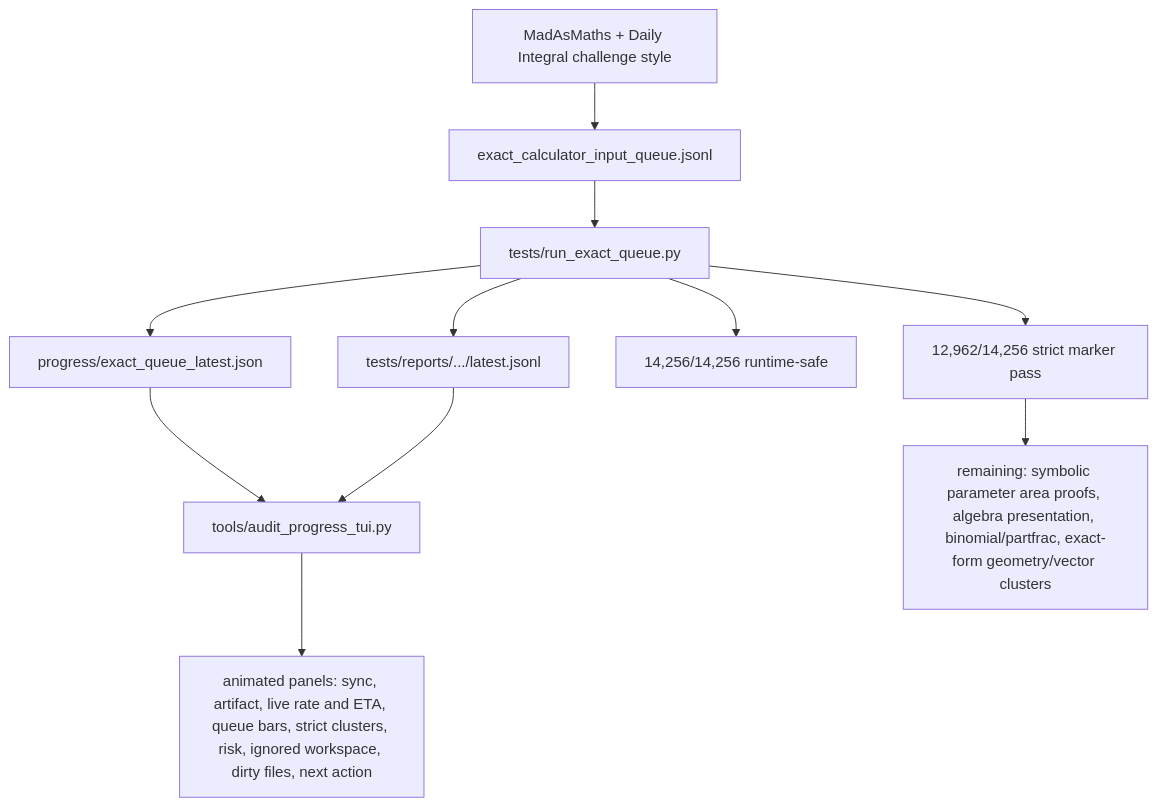
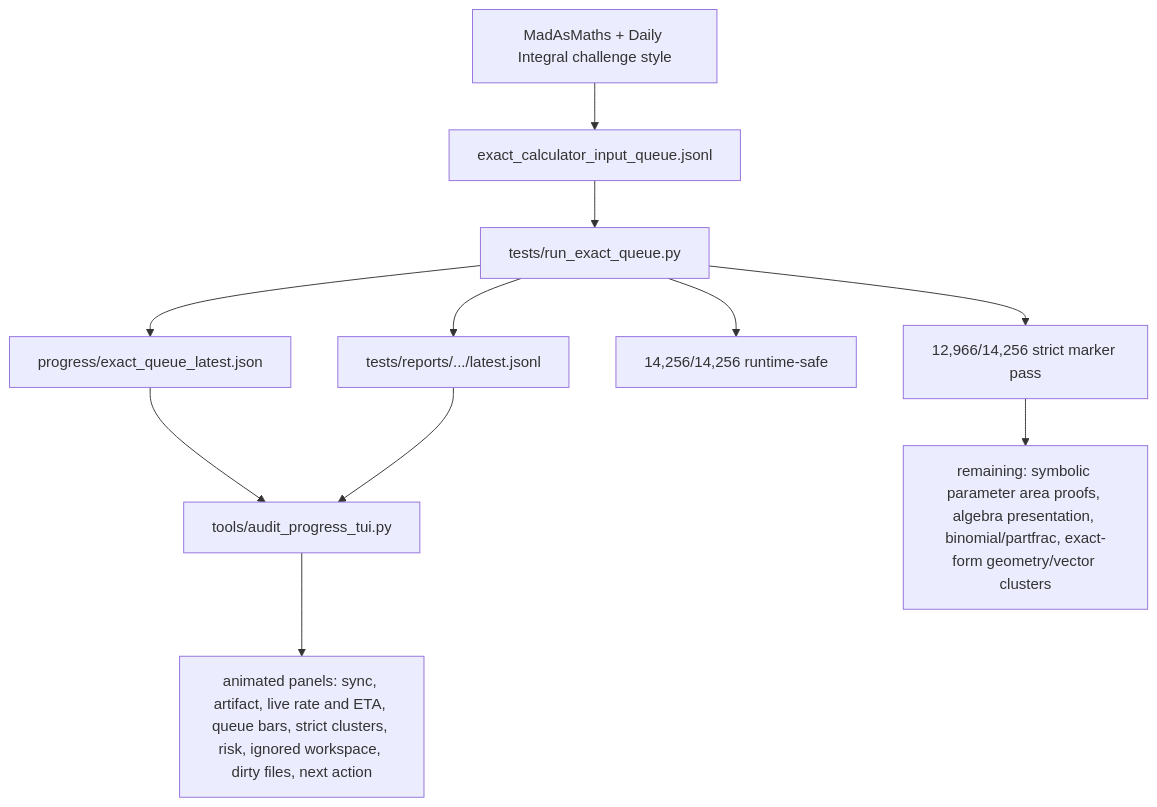
One commit to james8464/notes-addin-casio-fx-cg50 changed the fifth of 6 diagrams in docs/GRAPH.md. Above: the diagram before and after it, drawn with Mermaid. The commit also changed other lines of this file and 3 other files, not shown here.

````diff
--- a/docs/GRAPH.md
+++ b/docs/GRAPH.md
@@ -60,13 +60,13 @@
 ```mermaid
 graph TD
   Online["MadAsMaths + Daily Integral challenge style"] --> Queue["exact_calculator_input_queue.jsonl"]
   Queue --> Runner["tests/run_exact_queue.py"]
   Runner --> Live["progress/exact_queue_latest.json"]
   Runner --> Report["tests/reports/.../latest.jsonl"]
   Live --> TUI["tools/audit_progress_tui.py"]
   Report --> TUI
   TUI --> Panels["animated panels: sync, artifact, live rate and ETA, queue bars, strict clusters, risk, ignored workspace, dirty files, next action"]
   Runner --> Runtime["14,256/14,256 runtime-safe"]
-  Runner --> Strict["12,962/14,256 strict marker pass"]
+  Runner --> Strict["12,966/14,256 strict marker pass"]
   Strict --> Remaining["remaining: symbolic parameter area proofs, algebra presentation, binomial/partfrac, exact-form geometry/vector clusters"]
 ```
````
